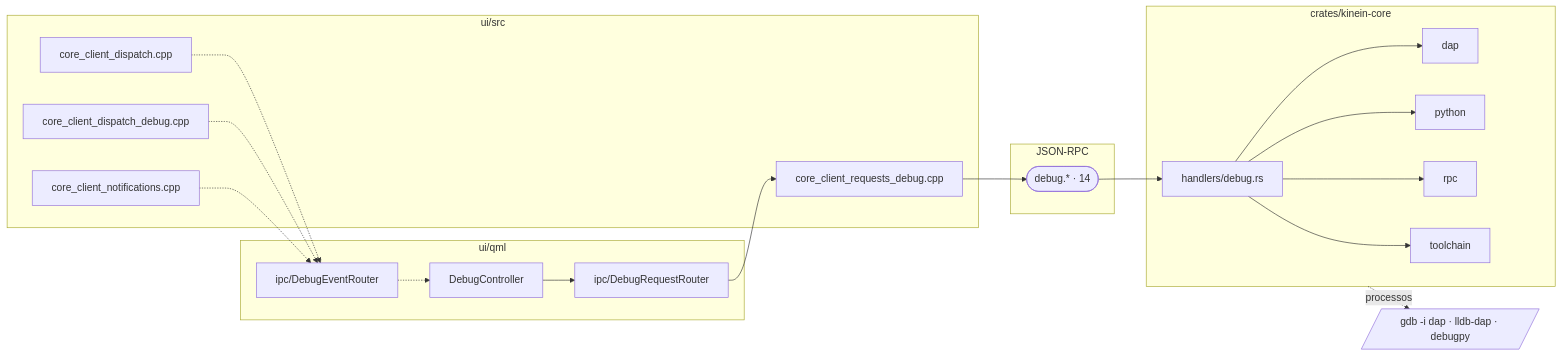
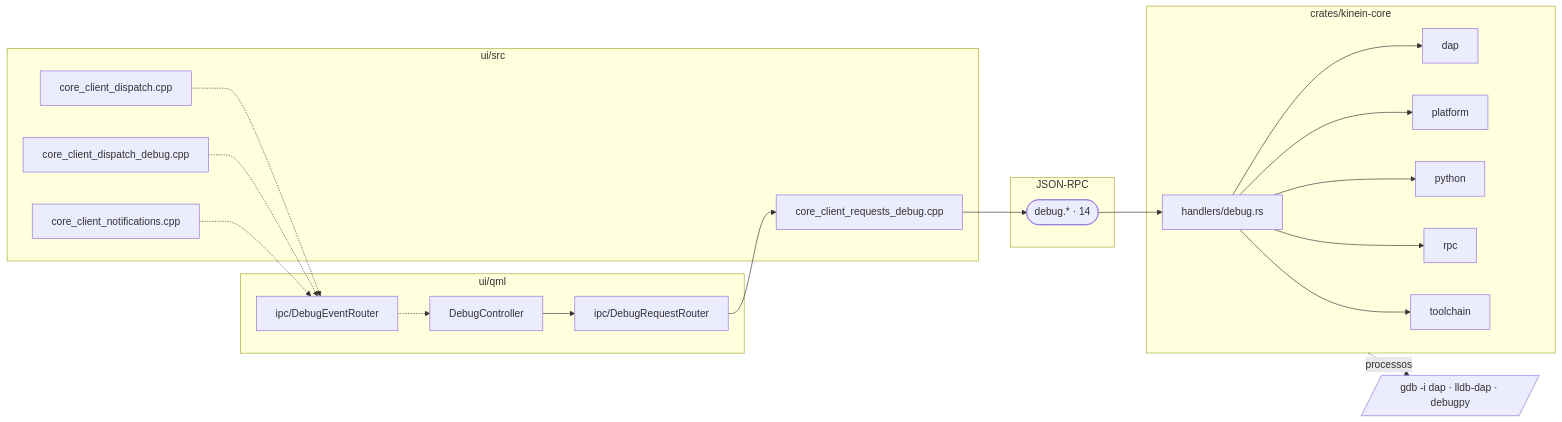
The ninth of 16 diagrams in DocsPublic/arquitetura/01-mapa-de-modulos.md (ViktorWalde/KineinVectis), drawn with Mermaid before and after one commit. The commit also changed other lines of this file and 80 other files, not shown here.

````diff
--- a/DocsPublic/arquitetura/01-mapa-de-modulos.md
+++ b/DocsPublic/arquitetura/01-mapa-de-modulos.md
@@ -796,38 +815,40 @@
 ```mermaid
 flowchart LR
   subgraph QML["ui/qml"]
     n_ui_qml_debug_DebugController_qml["DebugController"]
     n_ui_qml_ipc_DebugRequestRouter_qml["ipc/DebugRequestRouter"]
     n_ui_qml_ipc_DebugEventRouter_qml["ipc/DebugEventRouter"]
   end
   subgraph CPP["ui/src"]
     n_ui_src_core_client_dispatch_cpp["core_client_dispatch.cpp"]
     n_ui_src_core_client_dispatch_debug_cpp["core_client_dispatch_debug.cpp"]
     n_ui_src_core_client_notifications_cpp["core_client_notifications.cpp"]
     n_ui_src_core_client_requests_debug_cpp["core_client_requests_debug.cpp"]
   end
   subgraph IPC["JSON-RPC"]
     n_ipc_debug(["debug.* · 14"])
   end
   subgraph CORE["crates/kinein-core"]
     n_crates_kinein_core_src_handlers_debug_rs["handlers/debug.rs"]
     n_core_dap[dap]
+    n_core_platform[platform]
     n_core_python[python]
     n_core_rpc[rpc]
     n_core_toolchain[toolchain]
   end
   n_tools_debug[/"gdb -i dap · lldb-dap · debugpy"/]
   n_ui_qml_debug_DebugController_qml --> n_ui_qml_ipc_DebugRequestRouter_qml
   n_ui_qml_ipc_DebugEventRouter_qml -.-> n_ui_qml_debug_DebugController_qml
   n_ui_qml_ipc_DebugRequestRouter_qml --> n_ui_src_core_client_requests_debug_cpp
   n_ui_src_core_client_dispatch_cpp -.-> n_ui_qml_ipc_DebugEventRouter_qml
   n_ui_src_core_client_dispatch_debug_cpp -.-> n_ui_qml_ipc_DebugEventRouter_qml
   n_ui_src_core_client_notifications_cpp -.-> n_ui_qml_ipc_DebugEventRouter_qml
   n_ui_src_core_client_requests_debug_cpp --> n_ipc_debug
   n_ipc_debug --> n_crates_kinein_core_src_handlers_debug_rs
   n_crates_kinein_core_src_handlers_debug_rs --> n_core_dap
+  n_crates_kinein_core_src_handlers_debug_rs --> n_core_platform
   n_crates_kinein_core_src_handlers_debug_rs --> n_core_python
   n_crates_kinein_core_src_handlers_debug_rs --> n_core_rpc
   n_crates_kinein_core_src_handlers_debug_rs --> n_core_toolchain
   CORE -.->|processos| n_tools_debug
 ```
````
